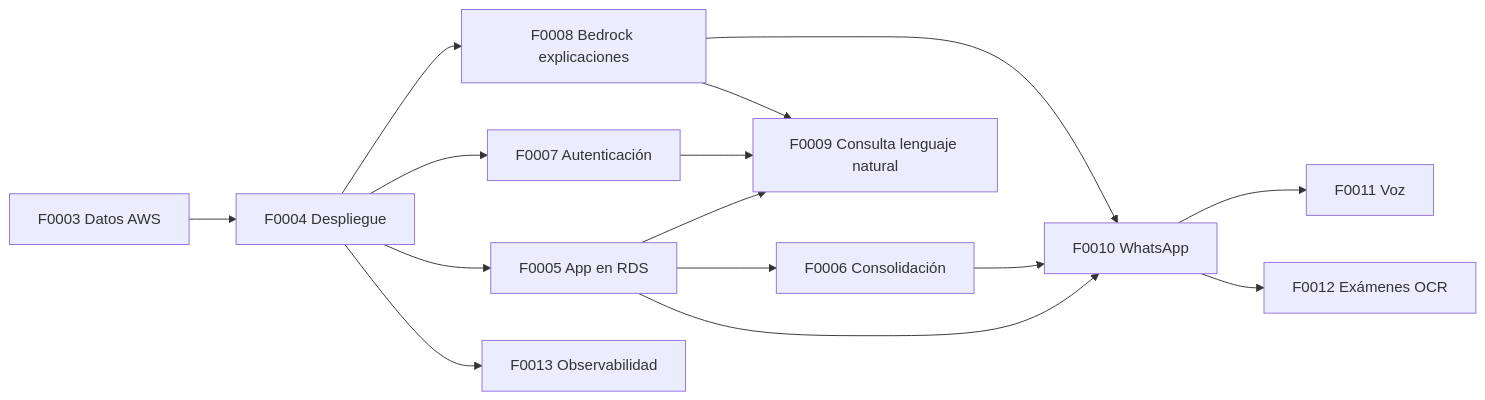
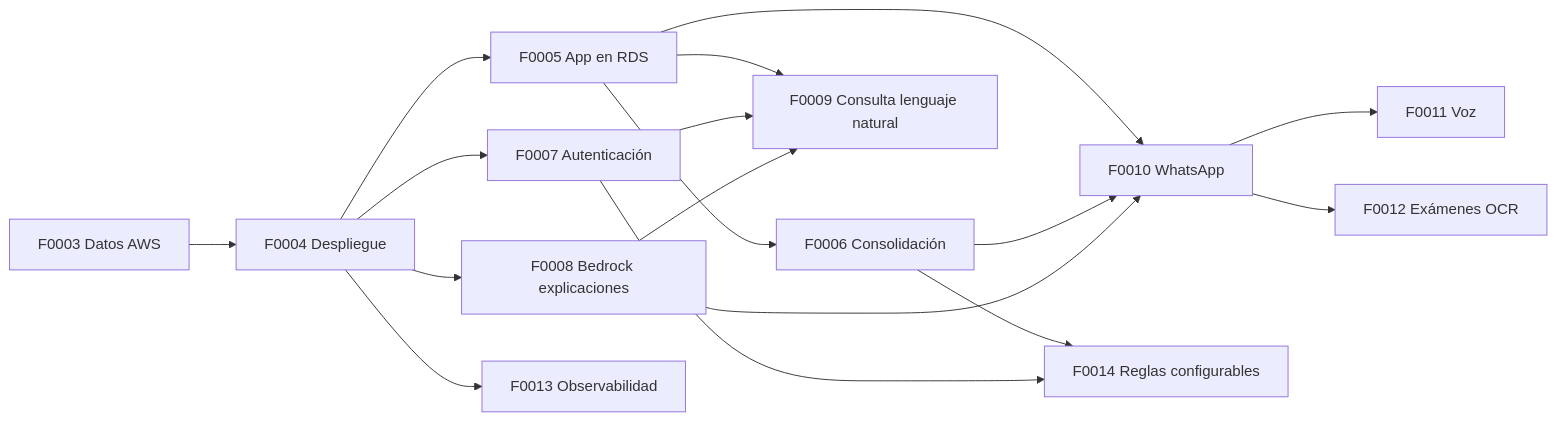
One commit to patricioespinozaa/AWS-G12 changed the diagram in docs/feature/README.md. Above: the diagram before and after it, drawn with Mermaid. The commit also changed other lines of this file and 25 other files, not shown here.

````diff
--- a/docs/feature/README.md
+++ b/docs/feature/README.md
@@ -29,17 +30,19 @@
 ```mermaid
 flowchart LR
     F3[F0003 Datos AWS] --> F4[F0004 Despliegue]
     F4 --> F5[F0005 App en RDS]
     F4 --> F7[F0007 Autenticación]
     F4 --> F8[F0008 Bedrock explicaciones]
     F4 --> F13[F0013 Observabilidad]
     F5 --> F6[F0006 Consolidación]
     F5 --> F9[F0009 Consulta lenguaje natural]
     F7 --> F9
     F8 --> F9
     F5 --> F10[F0010 WhatsApp]
     F6 --> F10
     F8 --> F10
     F10 --> F11[F0011 Voz]
     F10 --> F12[F0012 Exámenes OCR]
+    F6 --> F14[F0014 Reglas configurables]
+    F7 --> F14
 ```
````
